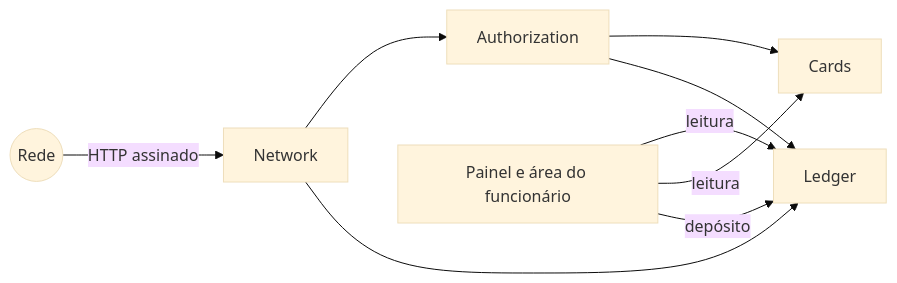
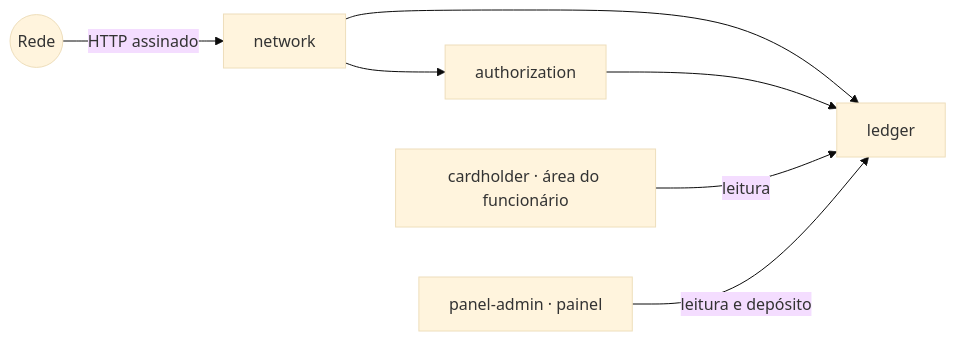
Before and after one commit to Gabrielvsiqueira/3pontos-fullstack-test: the first of 3 diagrams in MODEL.md, drawn with Mermaid (base theme). The commit also changed other lines of this file, not shown here.

````diff
--- a/MODEL.md
+++ b/MODEL.md
@@ -16,11 +16,9 @@
 ```mermaid
 flowchart LR
-    Rede((Rede)) -->|HTTP assinado| Network
-    Network --> Authorization
-    Network --> Ledger
-    Authorization --> Cards
-    Authorization --> Ledger
-    UI[Painel e área do funcionário] -->|leitura| Ledger
-    UI -->|leitura| Cards
-    UI -->|depósito| Ledger
+    Rede((Rede)) -->|HTTP assinado| network
+    network --> authorization
+    network --> ledger
+    authorization --> ledger
+    cardholder[cardholder · área do funcionário] -->|leitura| ledger
+    admin[panel-admin · painel] -->|leitura e depósito| ledger
 ```
````
